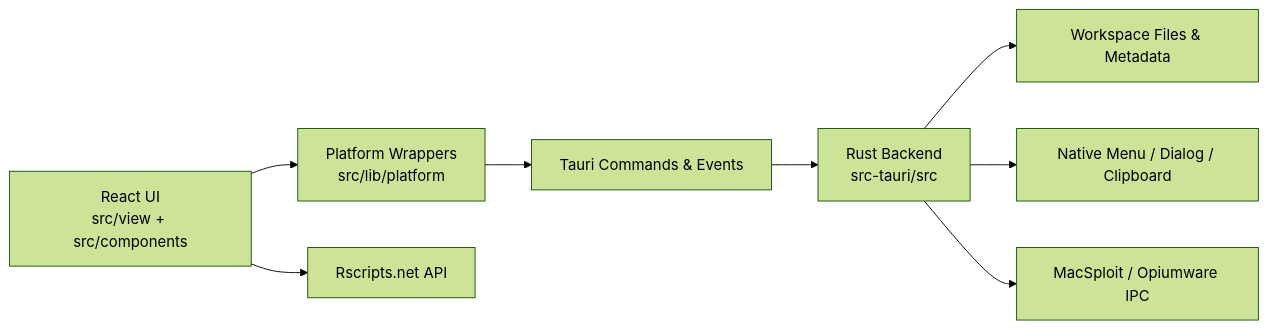
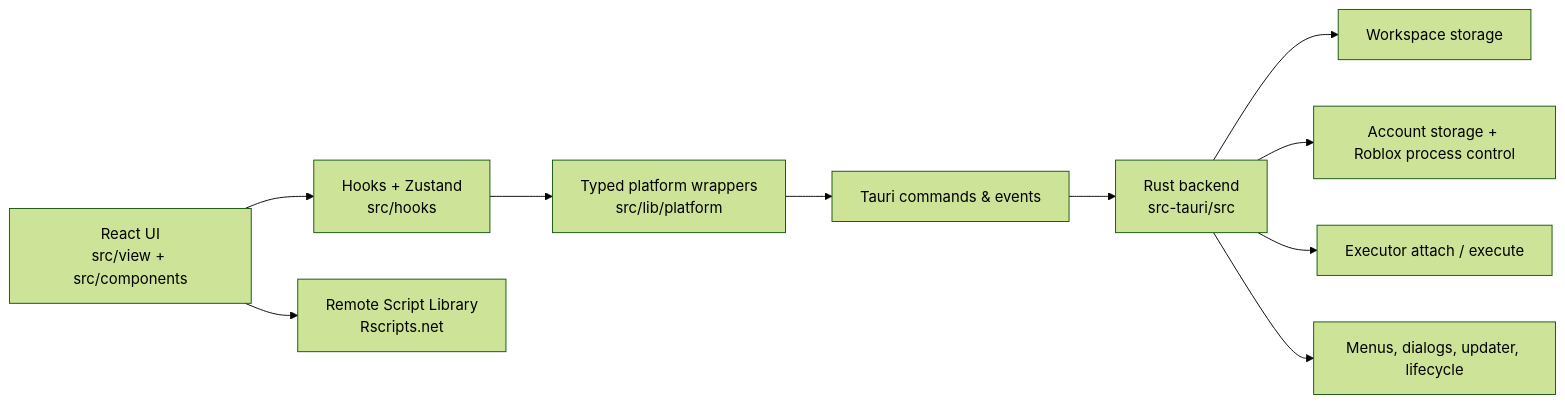
Before and after one commit to FrozenProductions/Fumi: the diagram in README.md, drawn with Mermaid (forest theme). The commit also changed other lines of this file, not shown here.

````diff
--- a/README.md
+++ b/README.md
@@ -65,10 +64,12 @@
 ```mermaid
 flowchart LR
-    UI["React UI<br/>src/view + src/components"] --> Platform["Platform Wrappers<br/>src/lib/platform"]
-    UI --> Library["Rscripts.net API"]
-    Platform --> Tauri["Tauri Commands & Events"]
-    Tauri --> Backend["Rust Backend<br/>src-tauri/src"]
-    Backend --> Files["Workspace Files & Metadata"]
-    Backend --> Native["Native Menu / Dialog / Clipboard"]
-    Backend --> Socket["MacSploit / Opiumware IPC"]
+    UI["React UI<br/>src/view + src/components"] --> Hooks["Hooks + Zustand<br/>src/hooks"]
+    Hooks --> Platform["Typed platform wrappers<br/>src/lib/platform"]
+    UI --> Library["Remote Script Library<br/>Rscripts.net"]
+    Platform --> IPC["Tauri commands & events"]
+    IPC --> Backend["Rust backend<br/>src-tauri/src"]
+    Backend --> Workspace["Workspace storage"]
+    Backend --> Accounts["Account storage + Roblox process control"]
+    Backend --> Executor["Executor attach / execute"]
+    Backend --> Shell["Menus, dialogs, updater, lifecycle"]
 ```
````
